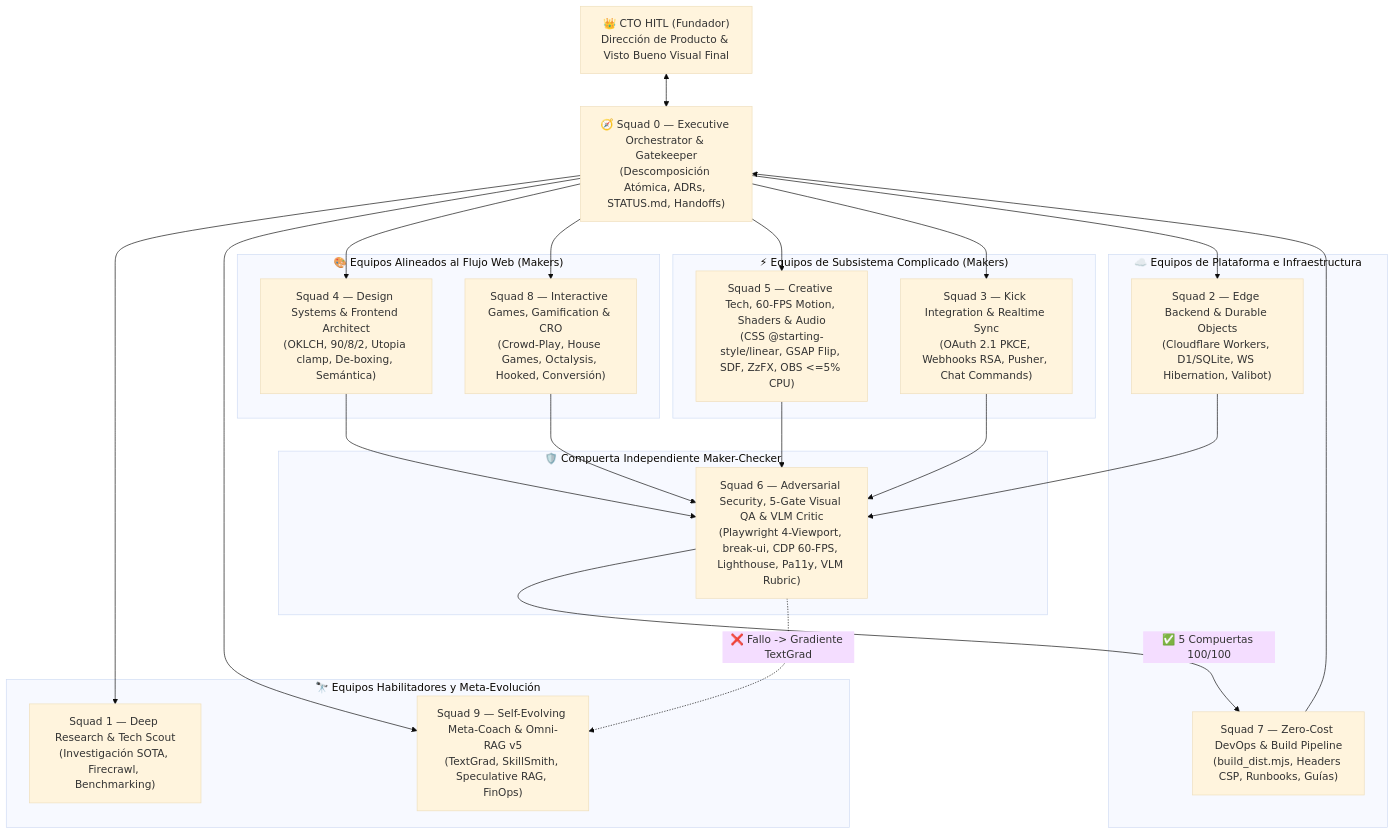
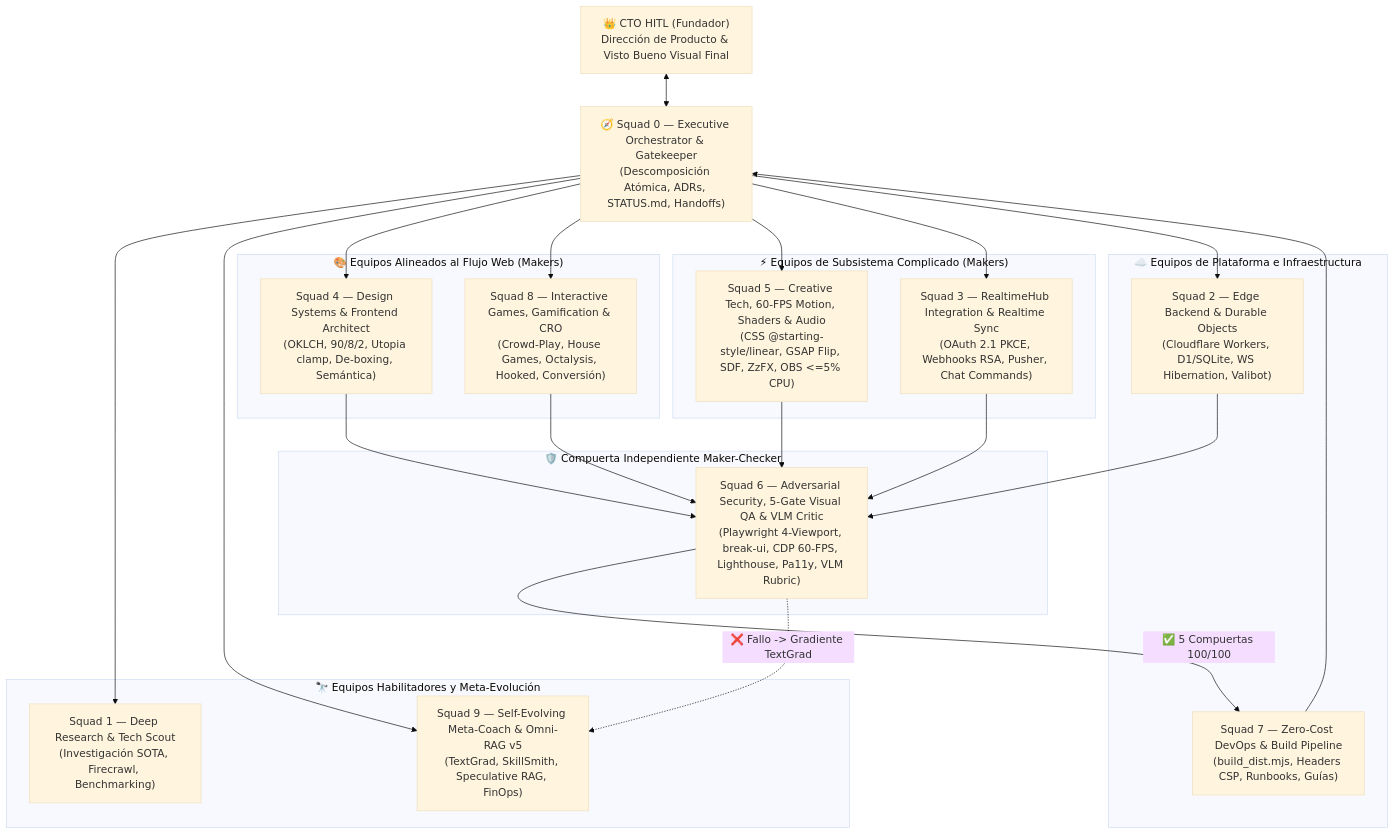
The diagram in knowledge/architecture_and_books/CANON_ELITE_MULTI_AGENT_WEB_SOFTWARE_FACTORY_TOPOLOGY_2026.md (thunderalbatros/web-software-factory), drawn with Mermaid (base theme) before and after one commit. The commit also changed other lines of this file and 604 other files, not shown here.

````diff
--- a/knowledge/architecture_and_books/CANON_ELITE_MULTI_AGENT_WEB_SOFTWARE_FACTORY_TOPOLOGY_2026.md
+++ b/knowledge/architecture_and_books/CANON_ELITE_MULTI_AGENT_WEB_SOFTWARE_FACTORY_TOPOLOGY_2026.md
@@ -32,37 +32,37 @@
 ```mermaid
 flowchart TD
     CTO["👑 CTO HITL (Fundador)\nDirección de Producto & Visto Bueno Visual Final"]
     S0["🧭 Squad 0 — Executive Orchestrator & Gatekeeper\n(Descomposición Atómica, ADRs, STATUS.md, Handoffs)"]
     CTO <--> S0
 
     subgraph Enabling["🔭 Equipos Habilitadores y Meta-Evolución"]
         S1["Squad 1 — Deep Research & Tech Scout\n(Investigación SOTA, Firecrawl, Benchmarking)"]
         S9["Squad 9 — Self-Evolving Meta-Coach & Omni-RAG v5\n(TextGrad, SkillSmith, Speculative RAG, FinOps)"]
     end
 
     subgraph Stream["🎨 Equipos Alineados al Flujo Web (Makers)"]
         S4["Squad 4 — Design Systems & Frontend Architect\n(OKLCH, 90/8/2, Utopia clamp, De-boxing, Semántica)"]
         S8["Squad 8 — Interactive Games, Gamification & CRO\n(Crowd-Play, House Games, Octalysis, Hooked, Conversión)"]
     end
 
     subgraph Subsystem["⚡ Equipos de Subsistema Complicado (Makers)"]
         S5["Squad 5 — Creative Tech, 60-FPS Motion, Shaders & Audio\n(CSS @starting-style/linear, GSAP Flip, SDF, ZzFX, OBS <=5% CPU)"]
-        S3["Squad 3 — Kick Integration & Realtime Sync\n(OAuth 2.1 PKCE, Webhooks RSA, Pusher, Chat Commands)"]
+        S3["Squad 3 — RealtimeHub Integration & Realtime Sync\n(OAuth 2.1 PKCE, Webhooks RSA, Pusher, Chat Commands)"]
     end
 
     subgraph Platform["☁️ Equipos de Plataforma e Infraestructura"]
         S2["Squad 2 — Edge Backend & Durable Objects\n(Cloudflare Workers, D1/SQLite, WS Hibernation, Valibot)"]
         S7["Squad 7 — Zero-Cost DevOps & Build Pipeline\n(build_dist.mjs, Headers CSP, Runbooks, Guías)"]
     end
 
     subgraph Checker["🛡️ Compuerta Independiente Maker-Checker"]
         S6["Squad 6 — Adversarial Security, 5-Gate Visual QA & VLM Critic\n(Playwright 4-Viewport, break-ui, CDP 60-FPS, Lighthouse, Pa11y, VLM Rubric)"]
     end
 
     S0 --> S1 & S9
     S0 --> S4 & S8 & S5 & S3 & S2
     S4 & S8 & S5 & S3 & S2 --> S6
     S6 -- "✅ 5 Compuertas 100/100" --> S7
     S7 --> S0
     S6 -. "❌ Fallo -> Gradiente TextGrad" .-> S9
 ```
````
